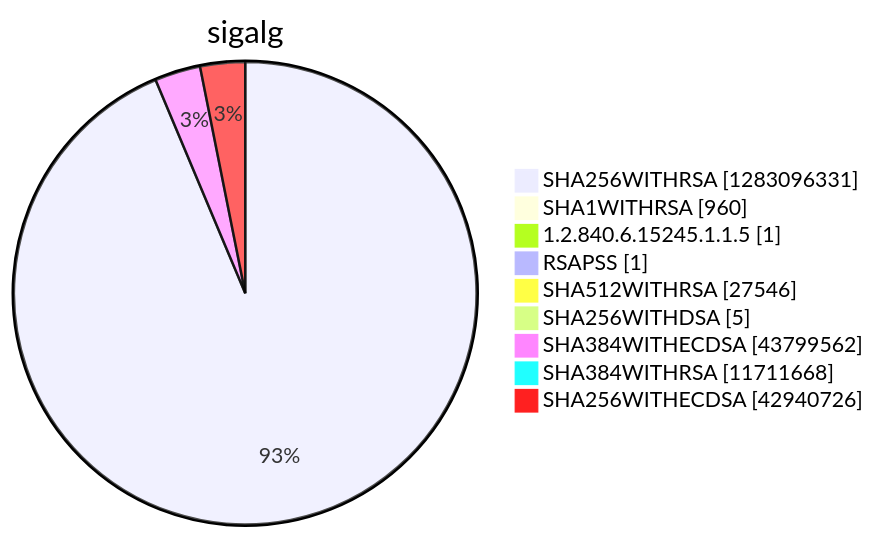
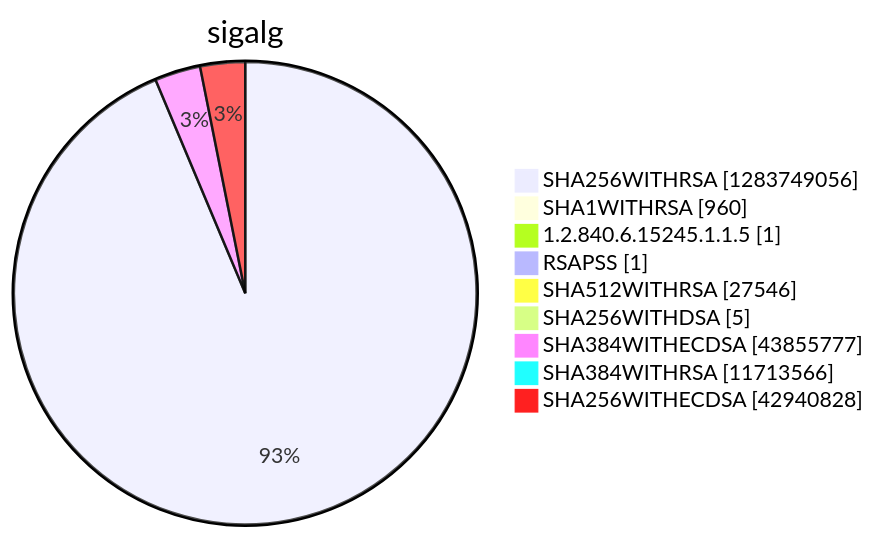
Diagram 15 of 15 in argon2022/README.md (christiankrug/ctmonitor_visualization), drawn with Mermaid before and after one commit. The commit also changed other lines of this file, not shown here.

````diff
--- a/argon2022/README.md
+++ b/argon2022/README.md
@@ -5523,13 +5523,13 @@
 ```mermaid
 pie showData
 title sigalg
-"SHA256WITHRSA" :1283096331
+"SHA256WITHRSA" :1283749056
 "SHA1WITHRSA" :960
 "1.2.840.6.15245.1.1.5" :1
 "RSAPSS" :1
 "SHA512WITHRSA" :27546
 "SHA256WITHDSA" :5
-"SHA384WITHECDSA" :43799562
-"SHA384WITHRSA" :11711668
-"SHA256WITHECDSA" :42940726
+"SHA384WITHECDSA" :43855777
+"SHA384WITHRSA" :11713566
+"SHA256WITHECDSA" :42940828
 ```
````
